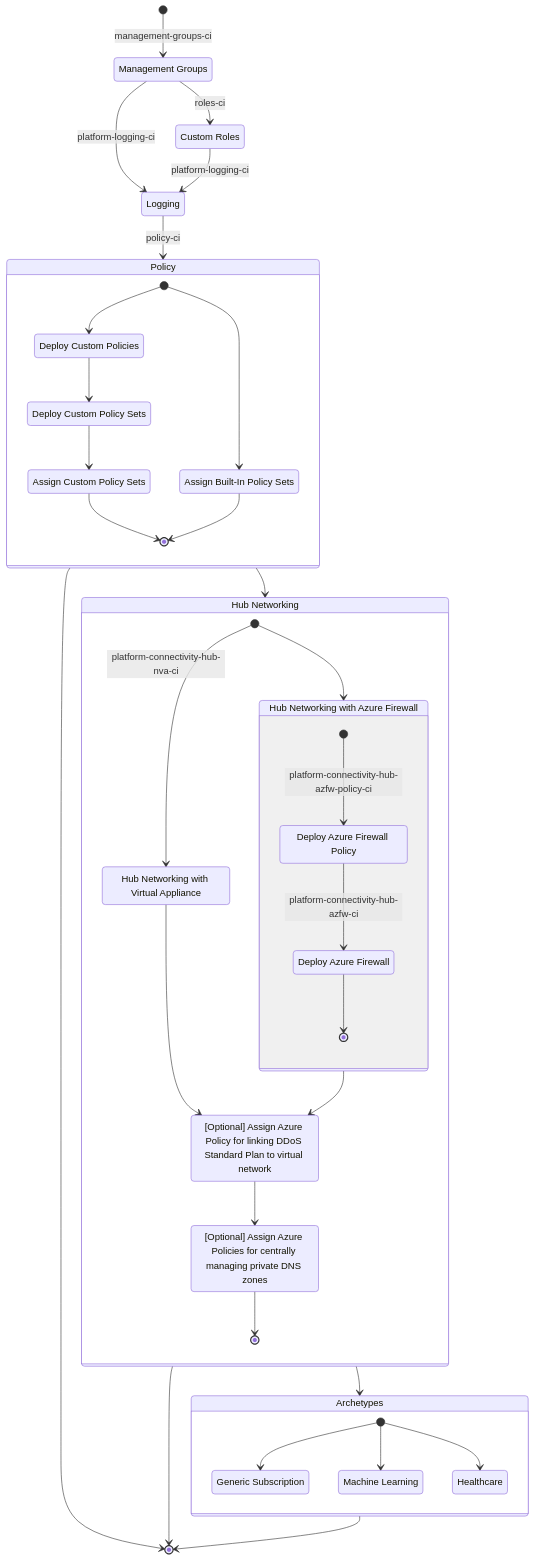
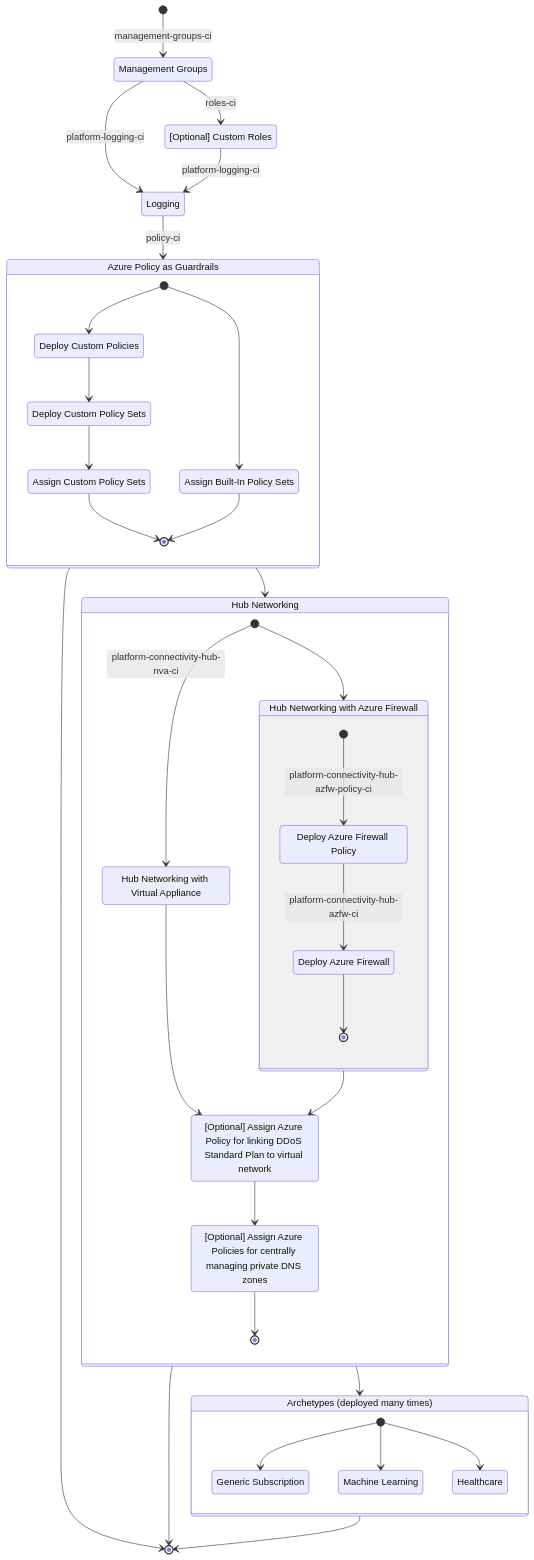
One commit to Azure/CanadaPubSecALZ changed the diagram in docs/onboarding/azure-devops-pipelines.md. Above: the diagram before and after it, drawn with Mermaid. The commit also changed other lines of this file, not shown here.

Commit message:
Add description for each state

````diff
--- a/docs/onboarding/azure-devops-pipelines.md
+++ b/docs/onboarding/azure-devops-pipelines.md
@@ -50,70 +52,74 @@
 ```mermaid
   stateDiagram-v2
     ManagementGroups: Management Groups
-    CustomRoles: Custom Roles
+    CustomRoles: [Optional] Custom Roles
     Logging: Logging
-    Policy: Policy
+
+    Policy: Azure Policy as Guardrails
     DeployCustomPolicies: Deploy Custom Policies
     DeployCustomPolicySets: Deploy Custom Policy Sets
     AssignCustomPolicySets: Assign Custom Policy Sets
     AssignBuiltInPolicySets:  Assign Built-In Policy Sets
+
     HubNetworking: Hub Networking
     DeployWithNetworkVirtualAppliance:  Hub Networking with Virtual Appliance
     DeployWithAzureFirewall: Hub Networking with Azure Firewall
     DeployAzureFirewallPolicy: Deploy Azure Firewall Policy
     DeployAzureFirewall: Deploy Azure Firewall
     AssignDDOSPolicy: [Optional] Assign Azure Policy for linking DDoS Standard Plan to virtual network
     AssignPrivateDNSZonesPolicy: [Optional] Assign Azure Policies for centrally managing private DNS zones
+
+    Archetypes: Archetypes (deployed many times)
     DeployGenericSubscriptionArchetype: Generic Subscription
     DeployMachineLearningArchetype: Machine Learning
     DeployHealthcareArchetype: Healthcare
     
     [*] --> ManagementGroups: management-groups-ci
     ManagementGroups --> CustomRoles: roles-ci
     ManagementGroups-->Logging: platform-logging-ci
     CustomRoles --> Logging: platform-logging-ci
     Logging --> Policy: policy-ci
 
     state Policy {
         [*] --> DeployCustomPolicies
         DeployCustomPolicies --> DeployCustomPolicySets
         DeployCustomPolicySets --> AssignCustomPolicySets
 
         [*] --> AssignBuiltInPolicySets
 
         AssignCustomPolicySets --> [*]
         AssignBuiltInPolicySets --> [*]
     }
 
     Policy --> HubNetworking
 
     state HubNetworking {
         [*] --> DeployWithNetworkVirtualAppliance: platform-connectivity-hub-nva-ci
         [*] --> DeployWithAzureFirewall
 
         state DeployWithAzureFirewall {
             [*] --> DeployAzureFirewallPolicy: platform-connectivity-hub-azfw-policy-ci
             DeployAzureFirewallPolicy --> DeployAzureFirewall: platform-connectivity-hub-azfw-ci
             DeployAzureFirewall --> [*]
         }
 
         DeployWithNetworkVirtualAppliance --> AssignDDOSPolicy
         DeployWithAzureFirewall --> AssignDDOSPolicy
 
         AssignDDOSPolicy --> AssignPrivateDNSZonesPolicy
 
         AssignPrivateDNSZonesPolicy --> [*]
     }
 
     HubNetworking --> Archetypes
 
     state Archetypes {
         [*] --> DeployGenericSubscriptionArchetype
         [*] --> DeployMachineLearningArchetype
         [*] --> DeployHealthcareArchetype 
     }
 
     Policy --> [*]
     HubNetworking --> [*]
     Archetypes --> [*]
 ```
````
